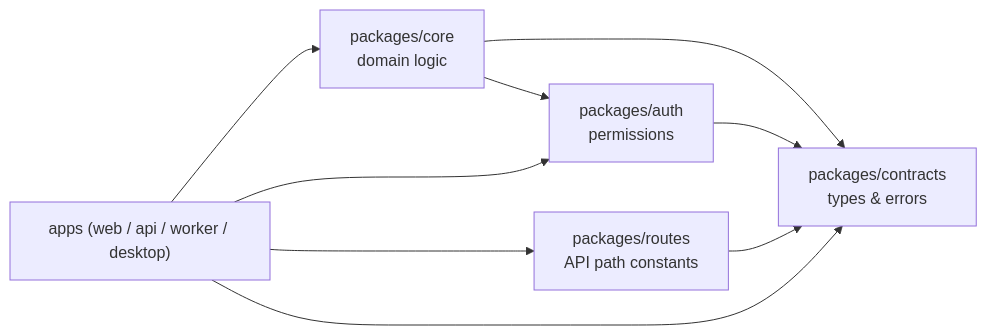
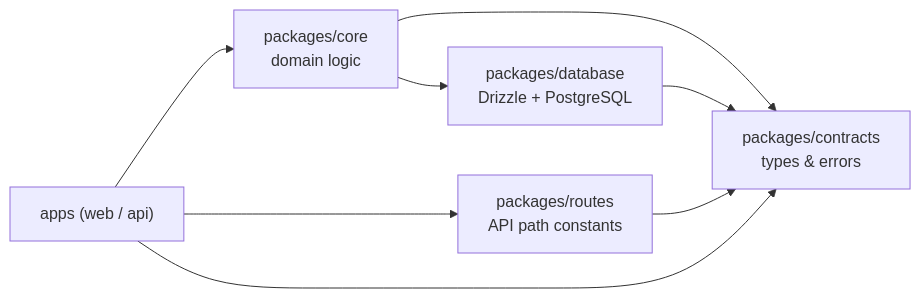
The diagram in docs/architecture/packages.md (kauavitorrodrigues/mini-crm), drawn with Mermaid before and after one commit. The commit also changed other lines of this file and 51 other files, not shown here.

````diff
--- a/docs/architecture/packages.md
+++ b/docs/architecture/packages.md
@@ -5,11 +5,10 @@
 ```mermaid
 graph LR
     core["packages/core<br/>domain logic"] --> contracts["packages/contracts<br/>types & errors"]
-    core --> auth["packages/auth<br/>permissions"]
-    auth --> contracts
+    core --> database["packages/database<br/>Drizzle + PostgreSQL"]
+    database --> contracts
     routes["packages/routes<br/>API path constants"] --> contracts
-    apps["apps (web / api / worker / desktop)"] --> core
-    apps --> auth
+    apps["apps (web / api)"] --> core
     apps --> routes
     apps --> contracts
 ```
````
